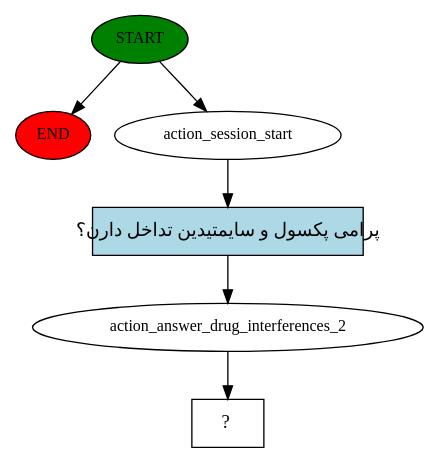
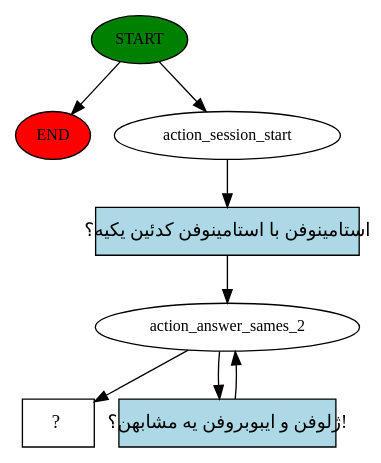
The diagram in story_graph.dot (APKNOOBCODER/Hamtech_Rasa), drawn with Graphviz before and after one commit. The commit also changed 4 other files, not shown here.

```diff
--- a/story_graph.dot
+++ b/story_graph.dot
@@ -1,13 +1,16 @@
 digraph  {
 0 [class="start active", fillcolor=green, fontsize=12, label=START, style=filled];
 "-1" [class=end, fillcolor=red, fontsize=12, label=END, style=filled];
 1 [class=active, fontsize=12, label=action_session_start];
-2 [class=active, fontsize=12, label=action_answer_drug_interferences_2];
-3 [class="intent dashed active", label="  ?  ", shape=rect];
-4 [class="intent active", fillcolor=lightblue, label="پرامی پکسول و سایمتیدین تداخل دارن؟", shape=rect, style=filled];
+2 [class=active, fontsize=12, label=action_answer_sames_2];
+4 [class="intent dashed active", label="  ?  ", shape=rect];
+5 [class="intent active", fillcolor=lightblue, label="استامینوفن با استامینوفن کدئین یکیه؟", shape=rect, style=filled];
+6 [class="intent active", fillcolor=lightblue, label="ژلوفن و ایبوبروفن یه مشابهن؟!", shape=rect, style=filled];
 0 -> "-1"  [class="", key=NONE, label=""];
 0 -> 1  [class=active, key=NONE, label=""];
-1 -> 4  [class=active, key=0];
-2 -> 3  [class=active, key=NONE, label=""];
-4 -> 2  [class=active, key=0];
+1 -> 5  [class=active, key=0];
+2 -> 4  [class=active, key=NONE, label=""];
+2 -> 6  [class=active, key=0];
+5 -> 2  [class=active, key=0];
+6 -> 2  [class=active, key=0];
 }
```
